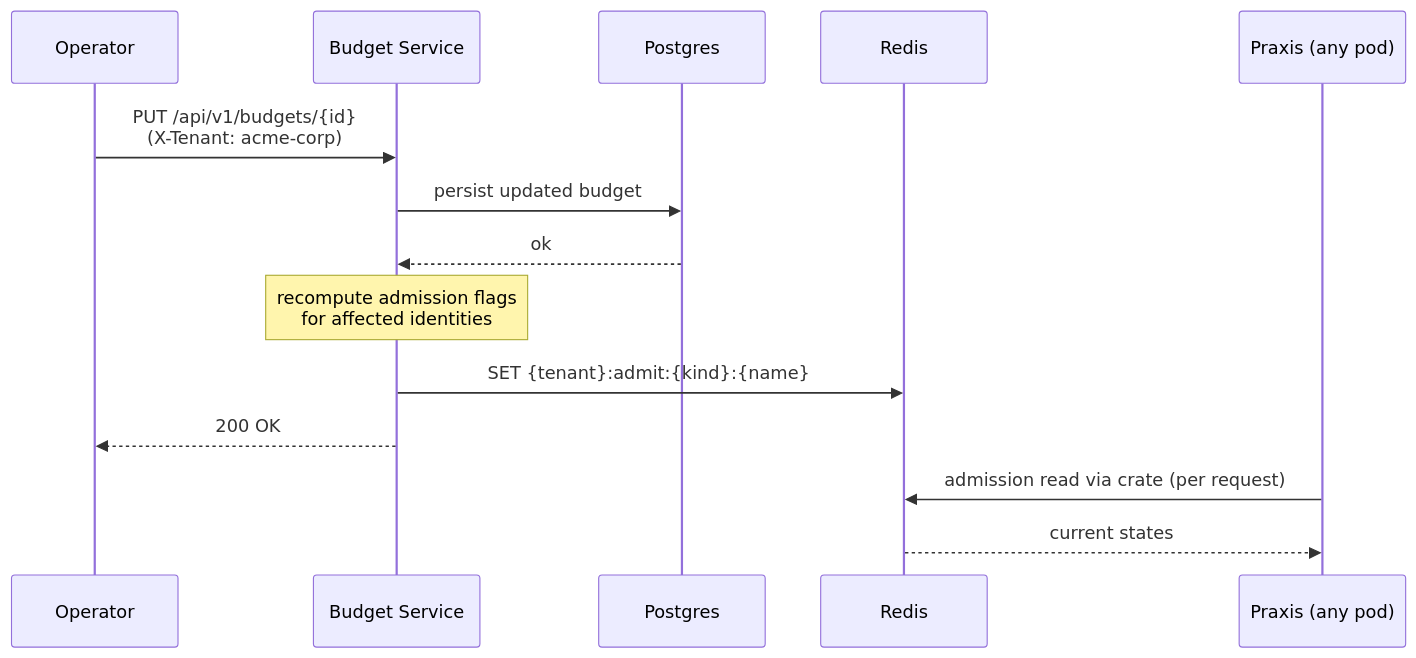
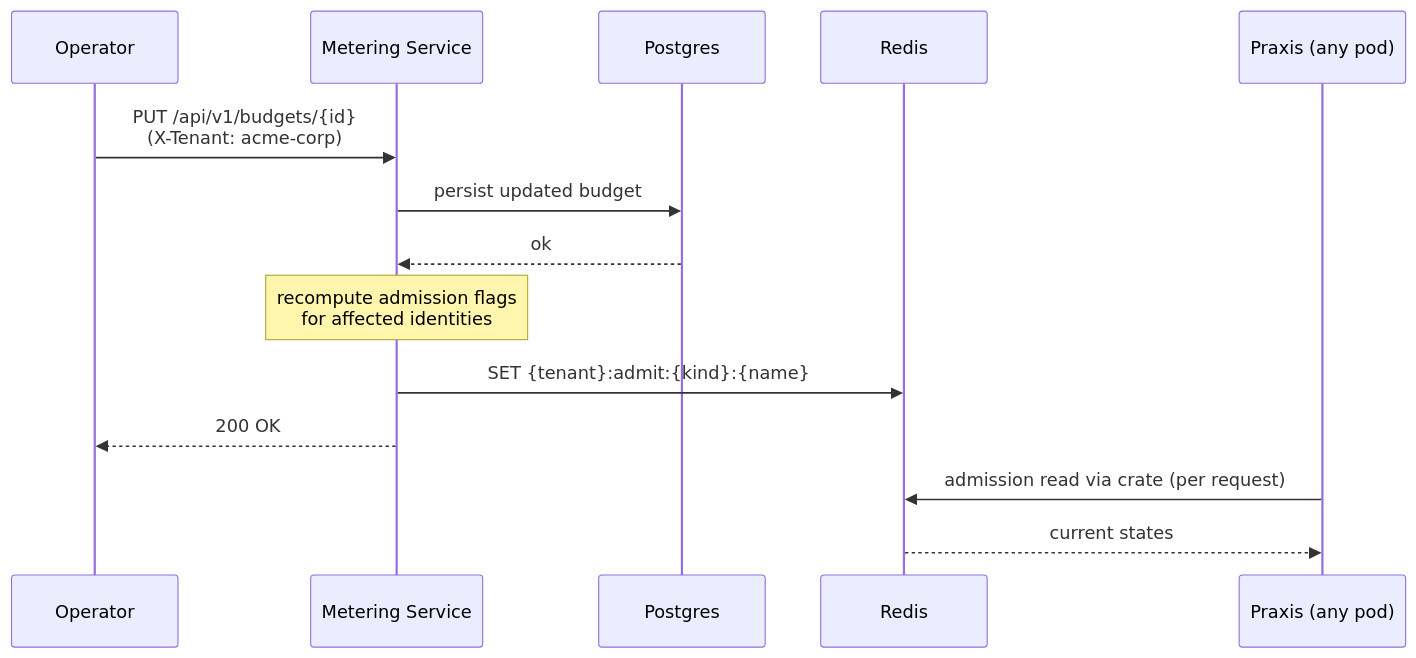
Before and after one commit to opendatahub-io/architecture-decision-records: the third of 3 diagrams in architecture-decision-records/ai-gateway/ODH-ADR-0001-Tokenomics.md, drawn with Mermaid. The commit also changed other lines of this file, not shown here.

Commit message:
docs: Remaned BudgetService to MeternigService

````diff
--- a/architecture-decision-records/ai-gateway/ODH-ADR-0001-Tokenomics.md
+++ b/architecture-decision-records/ai-gateway/ODH-ADR-0001-Tokenomics.md
@@ -143,18 +143,18 @@
 ```mermaid
 sequenceDiagram
     participant Operator
-    participant BudgetService as Budget Service
+    participant MeteringService as Metering Service
     participant Postgres
     participant Redis
     participant Praxis as Praxis (any pod)
 
-    Operator->>BudgetService: PUT /api/v1/budgets/{id}<br>(X-Tenant: acme-corp)
-    BudgetService->>Postgres: persist updated budget
-    Postgres-->>BudgetService: ok
-    Note over BudgetService: recompute admission flags<br>for affected identities
-    BudgetService->>Redis: SET {tenant}:admit:{kind}:{name}
-    BudgetService-->>Operator: 200 OK
+    Operator->>MeteringService: PUT /api/v1/budgets/{id}<br>(X-Tenant: acme-corp)
+    MeteringService->>Postgres: persist updated budget
+    Postgres-->>MeteringService: ok
+    Note over MeteringService: recompute admission flags<br>for affected identities
+    MeteringService->>Redis: SET {tenant}:admit:{kind}:{name}
+    MeteringService-->>Operator: 200 OK
 
     Praxis->>Redis: admission read via crate (per request)
     Redis-->>Praxis: current states
 ```
````
